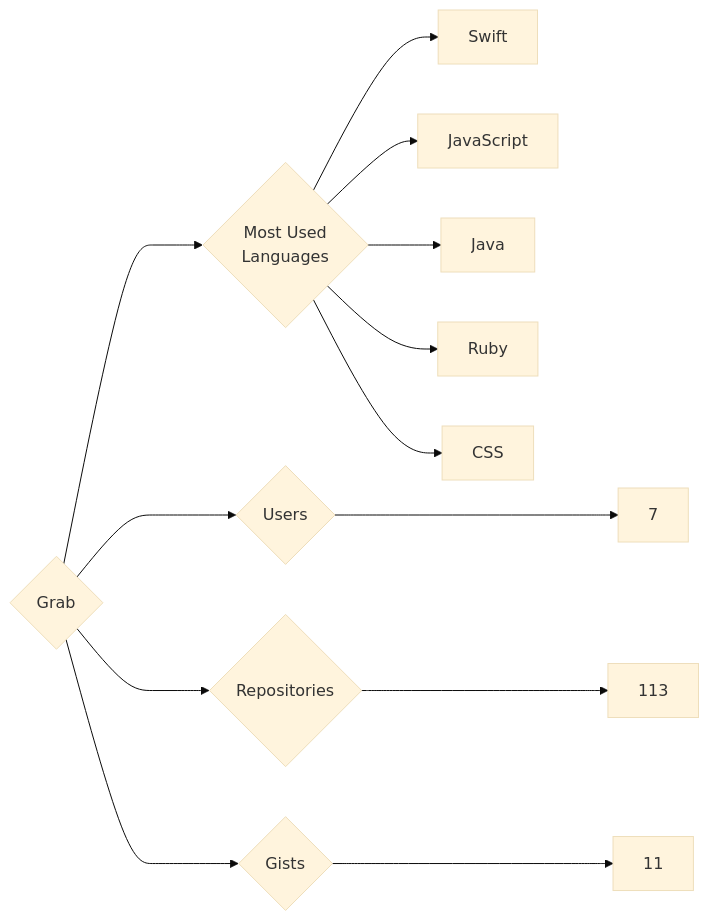
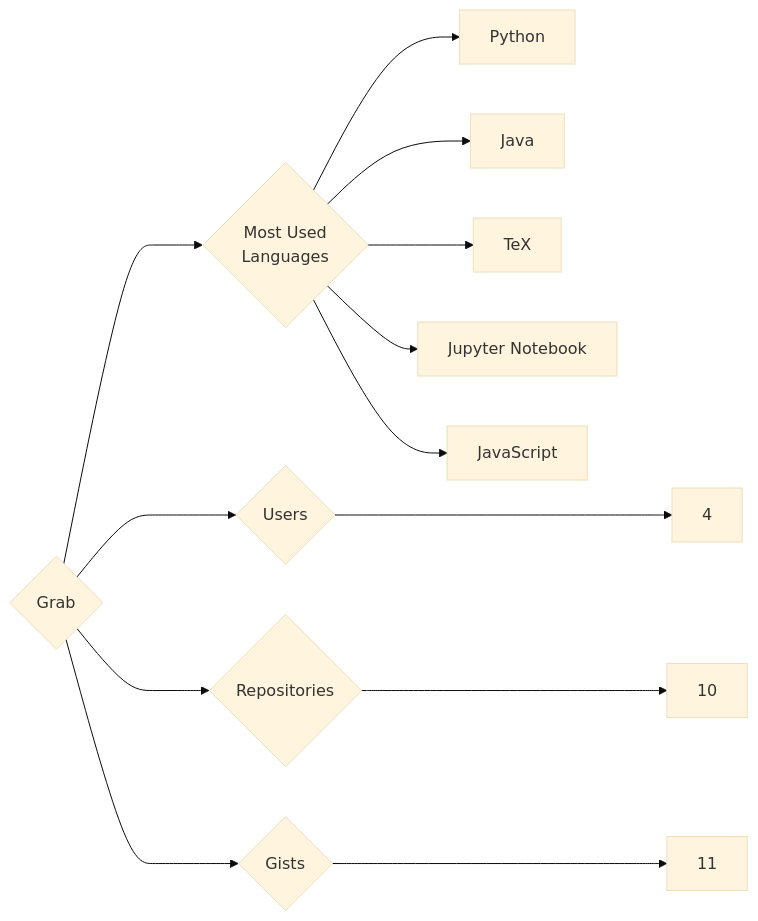
Before and after one commit to trickest/insiders: the diagram in targets/Grab/README.md, drawn with Mermaid (base theme). The commit also changed 1078 other files, not shown here.

````diff
--- a/targets/Grab/README.md
+++ b/targets/Grab/README.md
@@ -3,13 +3,13 @@
 ```mermaid
 graph LR
 COMPANY_NAME{Grab}
-COMPANY_NAME ---> U{Users} ---> UN[7]
-COMPANY_NAME ---> R{Repositories} ---> RN[113]
+COMPANY_NAME ---> U{Users} ---> UN[4]
+COMPANY_NAME ---> R{Repositories} ---> RN[10]
 COMPANY_NAME ---> G{Gists} ---> GN[11]
 COMPANY_NAME ---> ML{Most Used<br>Languages}
-ML --> Swift[Swift]
+ML --> Python[Python]
+ML --> Java[Java]
+ML --> TeX[TeX]
+ML --> Jupyter_Notebook[Jupyter Notebook]
 ML --> JavaScript[JavaScript]
-ML --> Java[Java]
-ML --> Ruby[Ruby]
-ML --> CSS[CSS]
 ```
````
